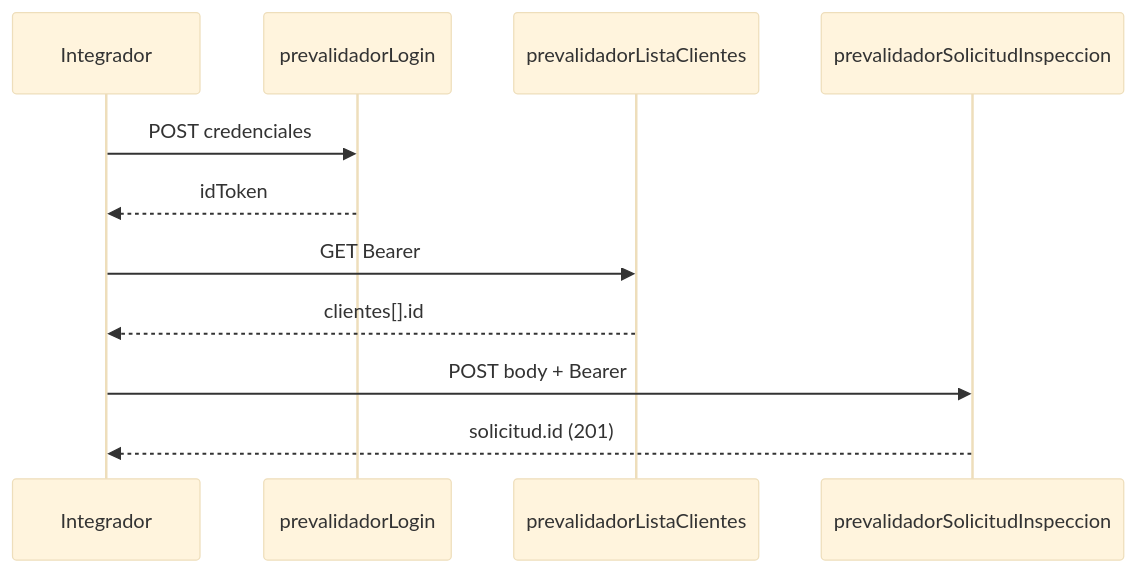
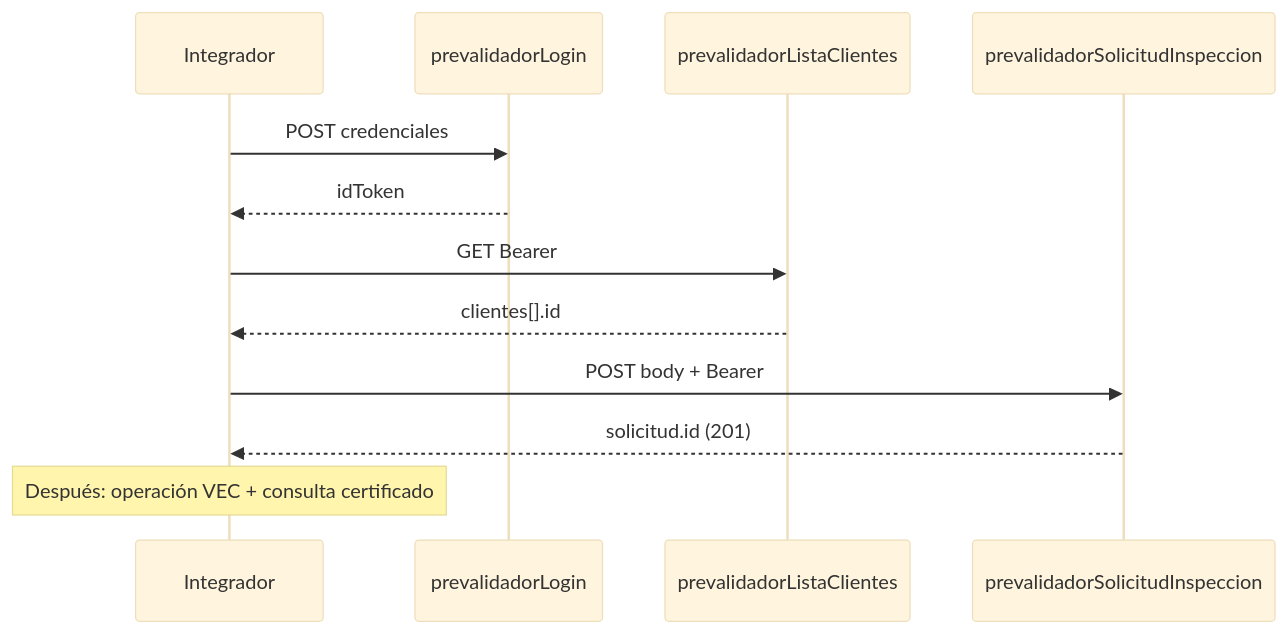
One commit to cuauhtemocvs/documentacion-vec changed the diagram in prevalidador/prevalidador-solicitud-inspeccion.md. Above: the diagram before and after it, drawn with Mermaid (base theme). The commit also changed other lines of this file and 4 other files, not shown here.

````diff
--- a/prevalidador/prevalidador-solicitud-inspeccion.md
+++ b/prevalidador/prevalidador-solicitud-inspeccion.md
@@ -152,14 +152,15 @@
 ```mermaid
 sequenceDiagram
   participant API as Integrador
   participant Login as prevalidadorLogin
   participant Clientes as prevalidadorListaClientes
   participant Crear as prevalidadorSolicitudInspeccion
 
   API->>Login: POST credenciales
   Login-->>API: idToken
   API->>Clientes: GET Bearer
   Clientes-->>API: clientes[].id
   API->>Crear: POST body + Bearer
   Crear-->>API: solicitud.id (201)
+  Note over API: Después: operación VEC + consulta certificado
 ```
````
